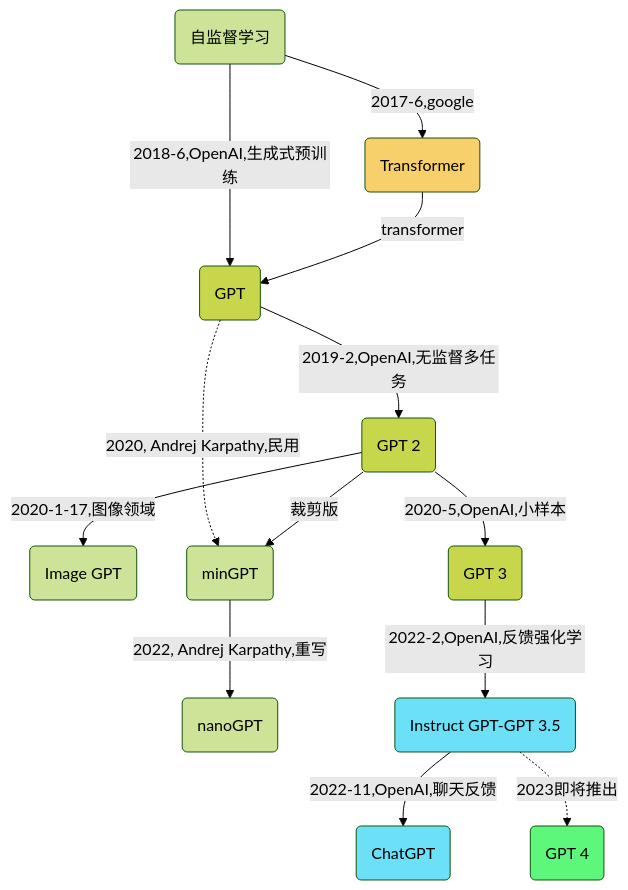
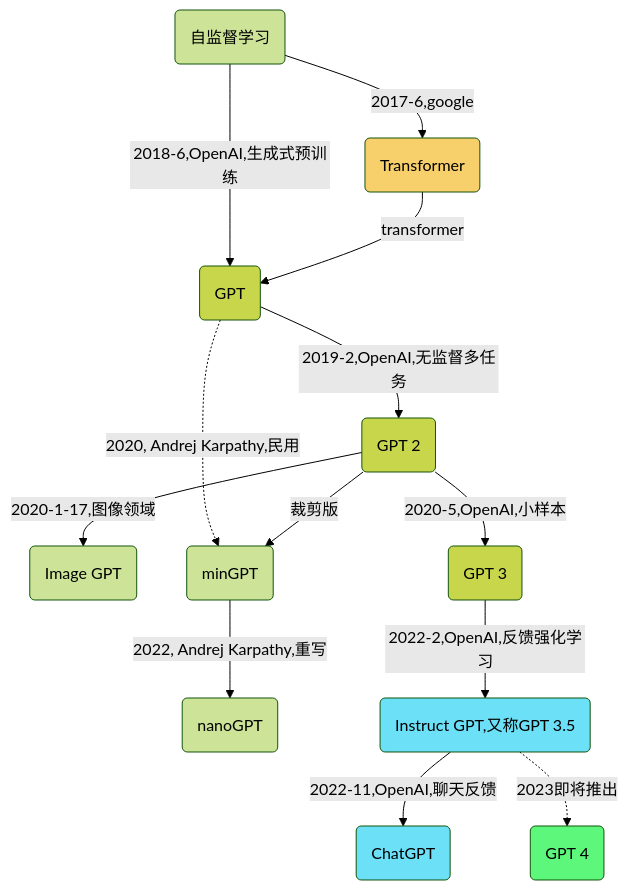
Before and after one commit to Gaohaoyang/gaohaoyang.github.io: the first of 2 diagrams in _posts/2019-12-14-gpt.md, drawn with Mermaid (forest theme). The commit also changed other lines of this file, not shown here.

```diff
--- a/_posts/2019-12-14-gpt.md
+++ b/_posts/2019-12-14-gpt.md
@@ -443,22 +450,22 @@
 <div class="mermaid">
     flowchart TD
     %% 节点颜色
     classDef red fill:#f02;
     classDef green fill:#5CF77B;
     classDef blue fill:#6BE0F7;
     classDef orange fill:#F7CF6B;
     classDef grass fill:#C8D64B;
     %%节点关系定义
     O(自监督学习)-->|2017-6,google|A(Transformer):::orange
     O-->|2018-6,OpenAI,生成式预训练| B
     A-->|transformer|B(GPT):::grass
     B-->|2019-2,OpenAI,无监督多任务|C(GPT 2):::grass
     C-->|2020-1-17,图像领域|H(Image GPT)
     B-.->|2020, Andrej Karpathy,民用|B1(minGPT)
     B1-->|2022, Andrej Karpathy,重写|B2(nanoGPT)
     C-->|裁剪版|B1
     C-->|2020-5,OpenAI,小样本|D(GPT 3):::grass
-    D-->|2022-2,OpenAI,反馈强化学习|E(Instruct GPT-GPT 3.5):::blue
+    D-->|2022-2,OpenAI,反馈强化学习|E(Instruct GPT,又称GPT 3.5):::blue
     E-->|2022-11,OpenAI,聊天反馈|F(ChatGPT):::blue
     E-.->|2023即将推出|G(GPT 4):::green
 </div>
```
